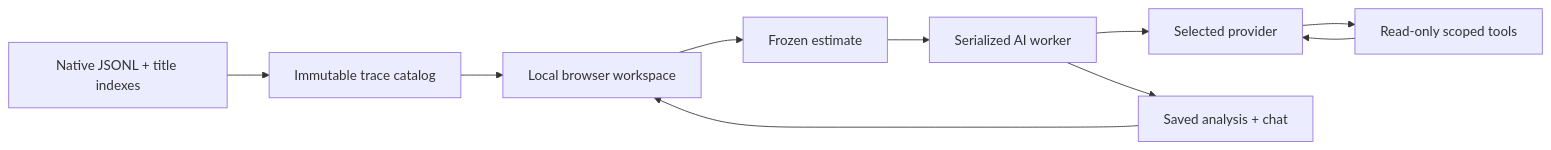
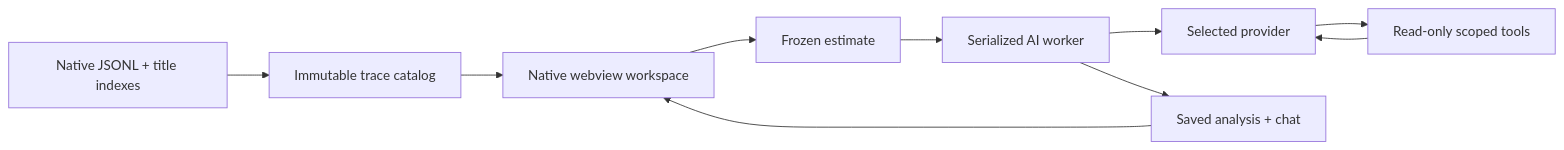
One commit to javiabellan/symbiosic changed the diagram in src/README.md. Above: the diagram before and after it, drawn with Mermaid. The commit also changed other lines of this file and 26 other files, not shown here.

````diff
--- a/src/README.md
+++ b/src/README.md
@@ -90,12 +97,12 @@
 ```mermaid
 flowchart LR
   Native[Native JSONL + title indexes] --> Catalog[Immutable trace catalog]
-  Catalog --> UI[Local browser workspace]
+  Catalog --> UI[Native webview workspace]
   UI --> Quote[Frozen estimate]
   Quote --> Queue[Serialized AI worker]
   Queue --> Provider[Selected provider]
   Provider --> Tools[Read-only scoped tools]
   Tools --> Provider
   Queue --> Store[Saved analysis + chat]
   Store --> UI
 ```
````
